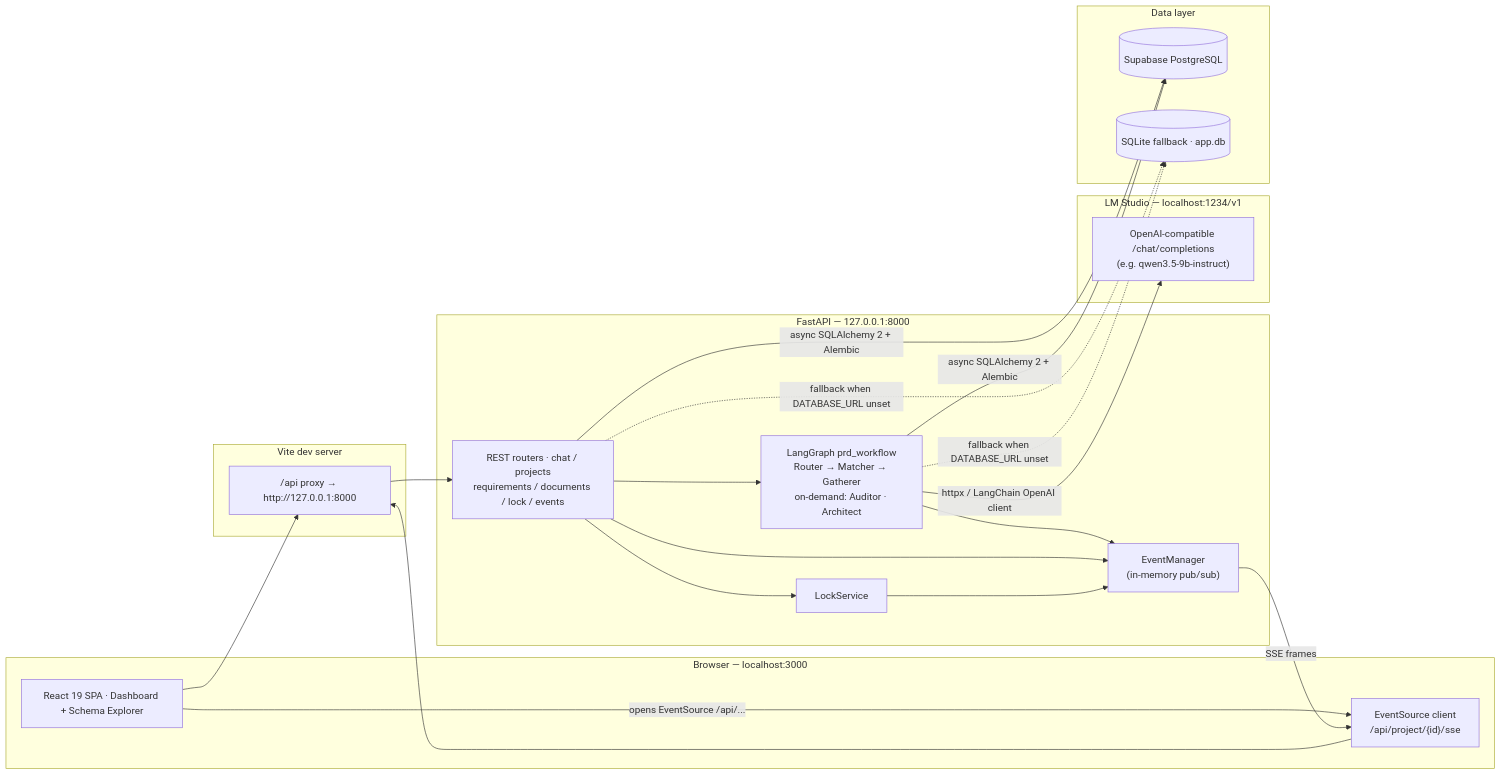
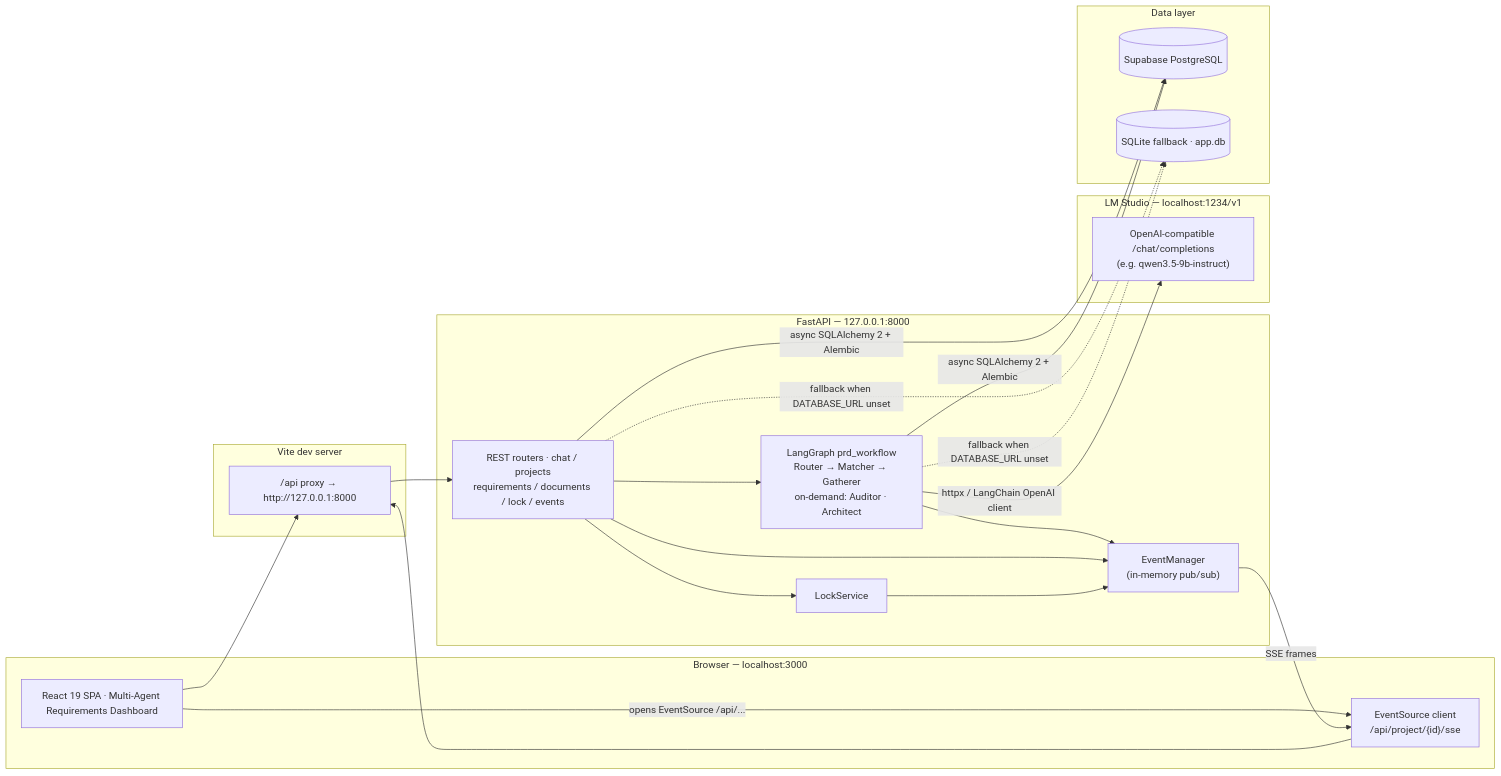
Before and after one commit to ThanyathipK/agenticdia: the first of 2 diagrams in README.md, drawn with Mermaid. The commit also changed other lines of this file and 21 other files, not shown here.

````diff
--- a/README.md
+++ b/README.md
@@ -39,43 +38,43 @@
 ```mermaid
 flowchart LR
     subgraph Browser["Browser — localhost:3000"]
-        UI["React 19 SPA · Dashboard + Schema Explorer"]
+        UI["React 19 SPA · Multi-Agent Requirements Dashboard"]
         SSE_C["EventSource client<br/>/api/project/{id}/sse"]
     end
 
     subgraph ViteDev["Vite dev server"]
         PROXY["/api proxy → http://127.0.0.1:8000"]
     end
 
     subgraph Backend["FastAPI — 127.0.0.1:8000"]
         ROUTERS["REST routers · chat / projects<br/>requirements / documents / lock / events"]
         WF["LangGraph prd_workflow<br/>Router → Matcher → Gatherer<br/>on-demand: Auditor · Architect"]
         LOCKSRV["LockService"]
         ESM["EventManager<br/>(in-memory pub/sub)"]
     end
 
     subgraph LLMSrv["LM Studio — localhost:1234/v1"]
         MODEL["OpenAI-compatible /chat/completions<br/>(e.g. qwen3.5-9b-instruct)"]
     end
 
     subgraph Data["Data layer"]
         PG[("Supabase PostgreSQL")]
         SQLITE[("SQLite fallback · app.db")]
     end
 
     UI --> PROXY
     UI -->|"opens EventSource /api/..."| SSE_C
     SSE_C --> PROXY
     PROXY --> ROUTERS
     ROUTERS --> WF
     ROUTERS --> LOCKSRV
     WF --> ESM
     ROUTERS --> ESM
     LOCKSRV --> ESM
     ESM -->|"SSE frames"| SSE_C
     WF -->|"httpx / LangChain OpenAI client"| MODEL
     ROUTERS -->|"async SQLAlchemy 2 + Alembic"| PG
     WF -->|"async SQLAlchemy 2 + Alembic"| PG
     ROUTERS -.->|"fallback when DATABASE_URL unset"| SQLITE
     WF -.->|"fallback when DATABASE_URL unset"| SQLITE
 ```
````
